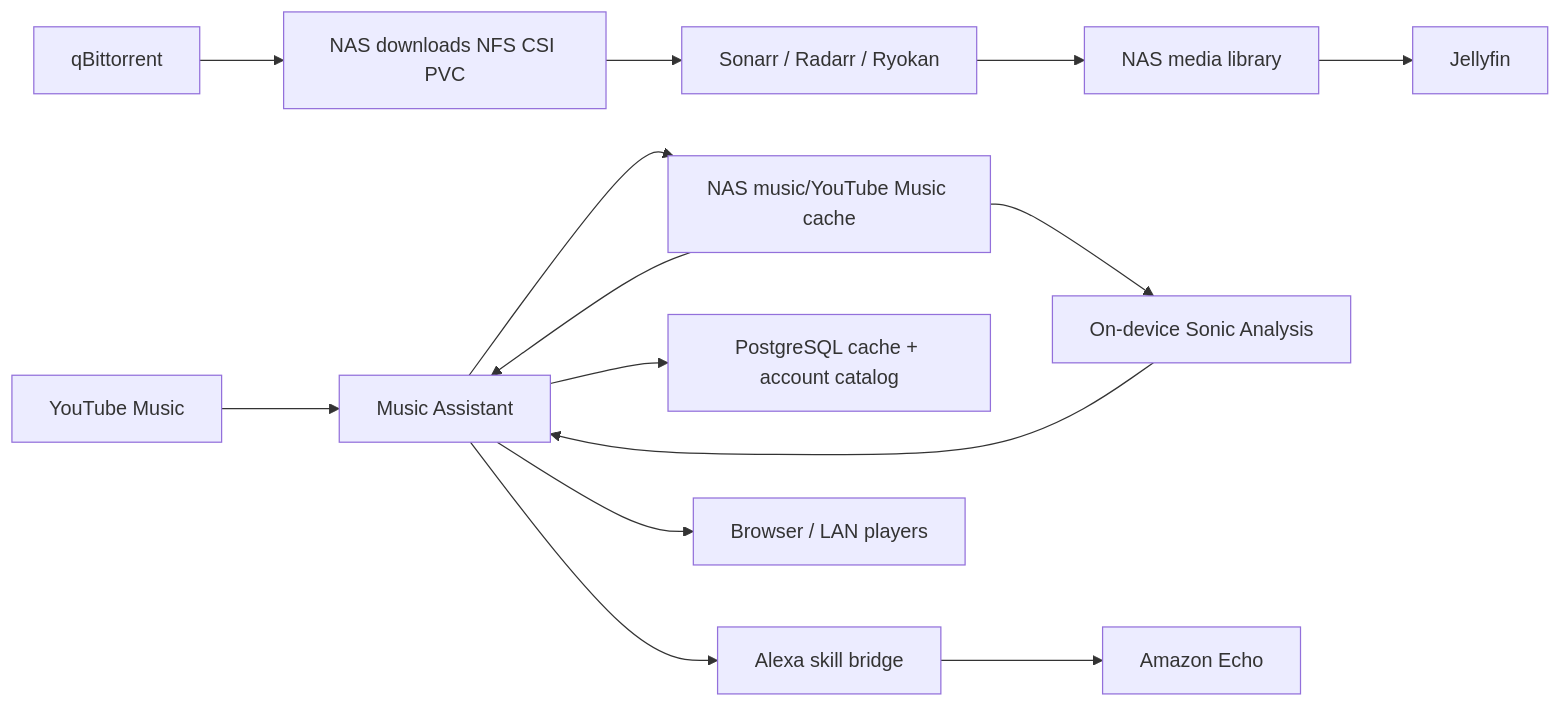
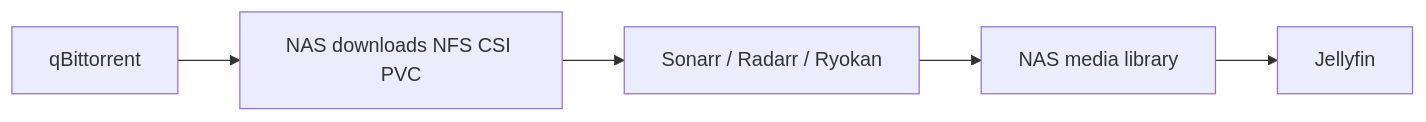
Before and after one commit to abhi1693/homelab: the diagram in kubernetes/projects/entertainment/README.md, drawn with Mermaid. The commit also changed other lines of this file and 243 other files, not shown here.

````diff
--- a/kubernetes/projects/entertainment/README.md
+++ b/kubernetes/projects/entertainment/README.md
@@ -47,30 +45,13 @@
 ```mermaid
 flowchart LR
   qbittorrent["qBittorrent"]
   downloads["NAS downloads NFS CSI PVC"]
   importers["Sonarr / Radarr / Ryokan"]
   library["NAS media library"]
   jellyfin["Jellyfin"]
-  ytmusic["YouTube Music"]
-  musicAssistant["Music Assistant"]
-  cache["NAS music/YouTube Music cache"]
-  catalog["PostgreSQL cache + account catalog"]
-  sonic["On-device Sonic Analysis"]
-  alexaSkill["Alexa skill bridge"]
-  echo["Amazon Echo"]
-  players["Browser / LAN players"]
 
   qbittorrent --> downloads
   downloads --> importers
   importers --> library
   library --> jellyfin
-  ytmusic --> musicAssistant
-  musicAssistant --> cache
-  musicAssistant --> catalog
-  cache --> musicAssistant
-  cache --> sonic
-  sonic --> musicAssistant
-  musicAssistant --> players
-  musicAssistant --> alexaSkill
-  alexaSkill --> echo
 ```
````
